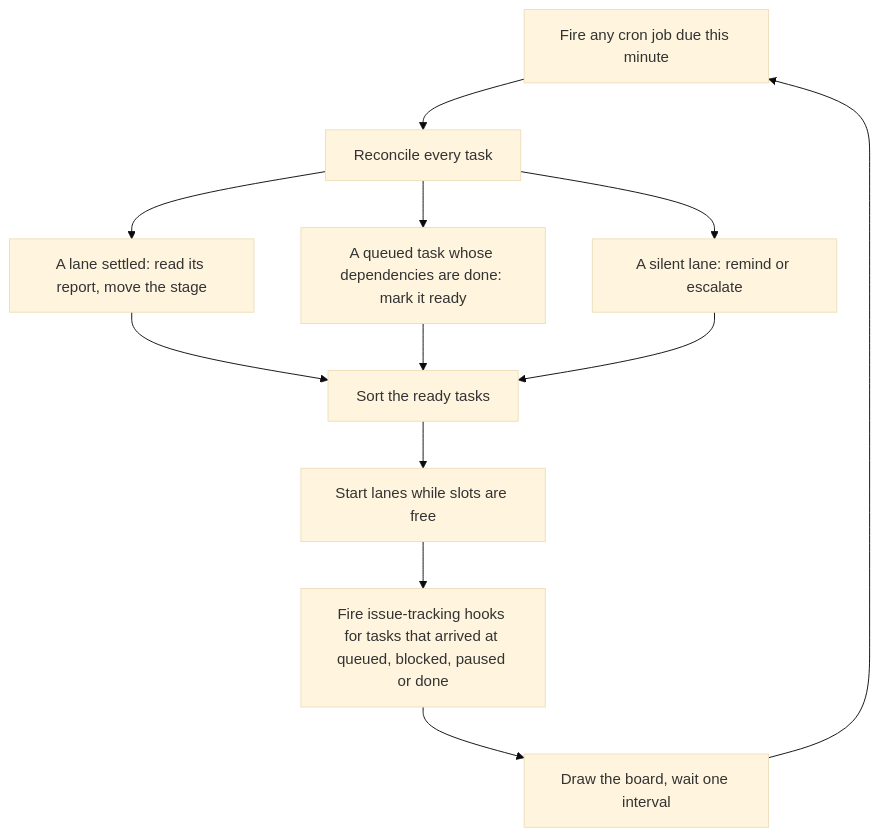
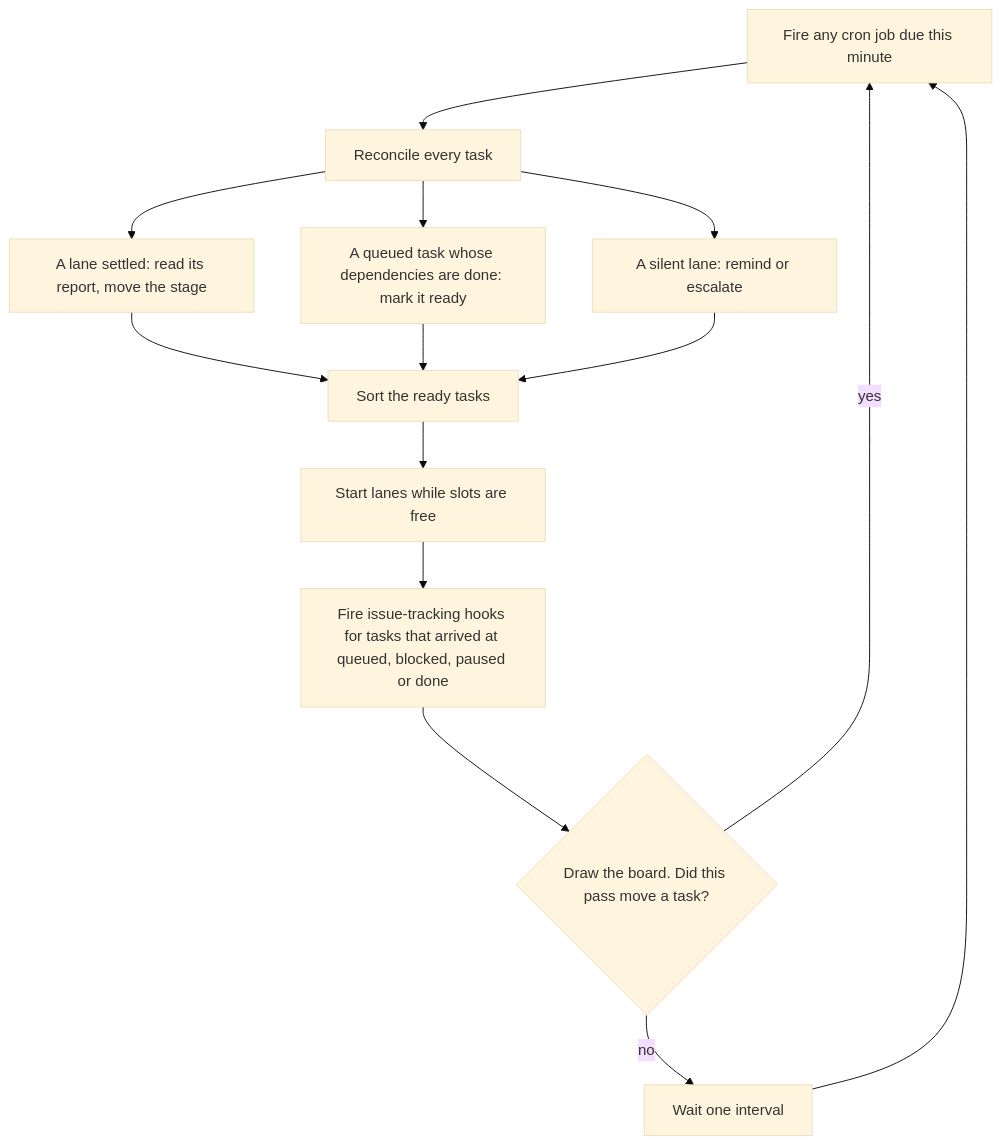
Before and after one commit to marvingygas/spoolway: the first of 2 diagrams in docs/dispatcher.md, drawn with Mermaid (base theme). The commit also changed other lines of this file and 2 other files, not shown here.

Commit message:
perf(dispatch): let a pass that moved a row run the next one at once

````diff
--- a/docs/dispatcher.md
+++ b/docs/dispatcher.md
@@ -65,12 +65,14 @@
 ```mermaid
 flowchart TD
   A[Fire any cron job due this minute] --> B[Reconcile every task]
   B --> B1[A lane settled: read its report, move the stage]
   B --> B2[A queued task whose dependencies are done: mark it ready]
   B --> B3[A silent lane: remind or escalate]
   B1 & B2 & B3 --> C[Sort the ready tasks]
   C --> D[Start lanes while slots are free]
   D --> E[Fire issue-tracking hooks for tasks that arrived at queued, blocked, paused or done]
-  E --> F[Draw the board, wait one interval]
-  F --> A
+  E --> F{Draw the board. Did this pass move a task?}
+  F -->|yes| A
+  F -->|no| G[Wait one interval]
+  G --> A
 ```
````
